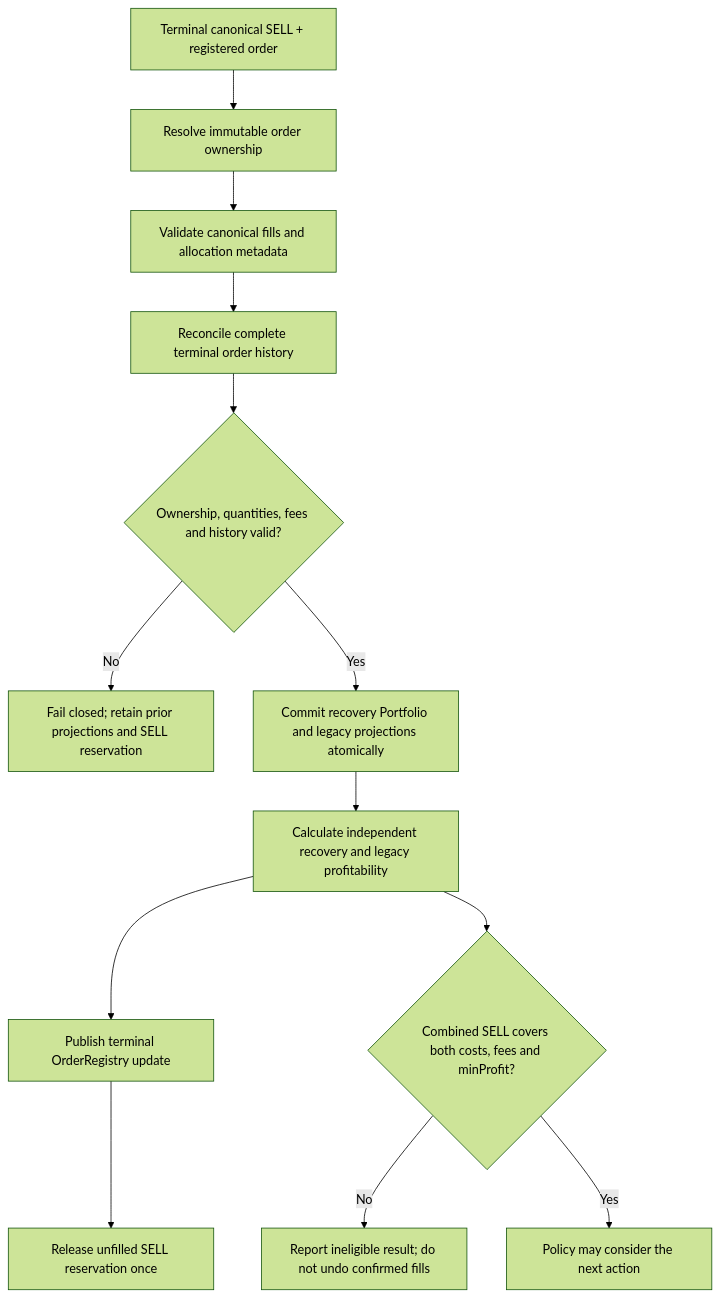
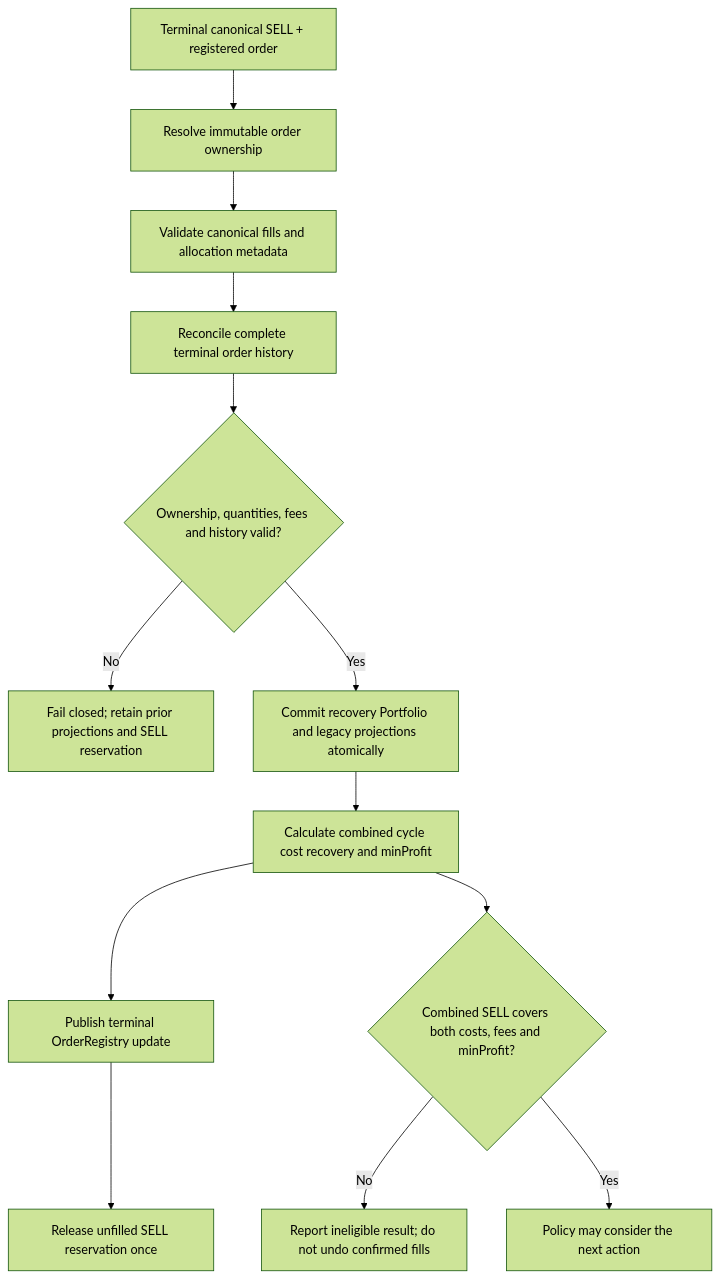
One commit to 45s/coinzilla changed the first of 2 diagrams in apps/harvester/docs/domain/recovery-seller-domain-specification.md. Above: the diagram before and after it, drawn with Mermaid (forest theme). The commit also changed other lines of this file, not shown here.

Commit message:
docs(harvester): clarify whole-cycle RS profit gate

````diff
--- a/apps/harvester/docs/domain/recovery-seller-domain-specification.md
+++ b/apps/harvester/docs/domain/recovery-seller-domain-specification.md
@@ -146,15 +146,15 @@
 ```mermaid
 flowchart TD
   A[Terminal canonical SELL + registered order] --> B[Resolve immutable order ownership]
   B --> C[Validate canonical fills and allocation metadata]
   C --> D[Reconcile complete terminal order history]
   D --> E{Ownership, quantities, fees and history valid?}
   E -->|No| X[Fail closed; retain prior projections and SELL reservation]
   E -->|Yes| F[Commit recovery Portfolio and legacy projections atomically]
-  F --> G[Calculate independent recovery and legacy profitability]
+  F --> G[Calculate combined cycle cost recovery and minProfit]
   G --> H[Publish terminal OrderRegistry update]
   H --> I[Release unfilled SELL reservation once]
   G --> J{Combined SELL covers both costs, fees and minProfit?}
   J -->|No| K[Report ineligible result; do not undo confirmed fills]
   J -->|Yes| L[Policy may consider the next action]
 ```
````
